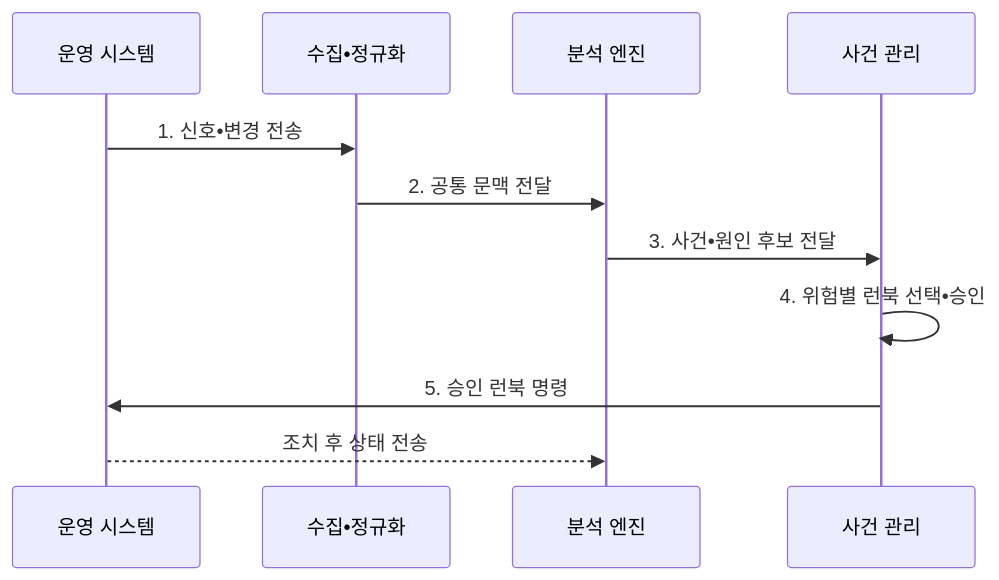
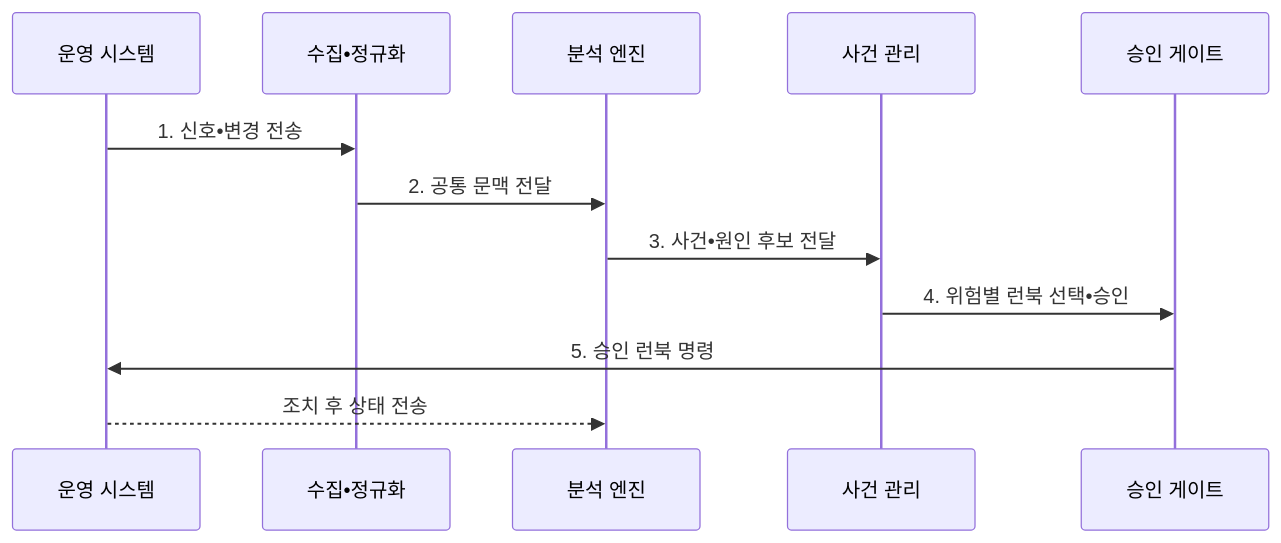
Before and after one commit to agnusdei1207/knowledge-base: the second of 2 diagrams in src/content/docs/notes/03-software/167_aiops.md, drawn with Mermaid. The commit also changed other lines of this file and 8 other files, not shown here.

````diff
--- a/src/content/docs/notes/03-software/167_aiops.md
+++ b/src/content/docs/notes/03-software/167_aiops.md
@@ -115,13 +115,14 @@
 ```mermaid
 sequenceDiagram
     participant O as 운영 시스템
     participant I as 수집•정규화
     participant A as 분석 엔진
     participant M as 사건 관리
+    participant G as 승인 게이트
     O->>I: 1. 신호•변경 전송
     I->>A: 2. 공통 문맥 전달
     A->>M: 3. 사건•원인 후보 전달
-    M->>M: 4. 위험별 런북 선택•승인
-    M->>O: 5. 승인 런북 명령
+    M->>G: 4. 위험별 런북 선택•승인
+    G->>O: 5. 승인 런북 명령
     O-->>A: 조치 후 상태 전송
 ```
````
